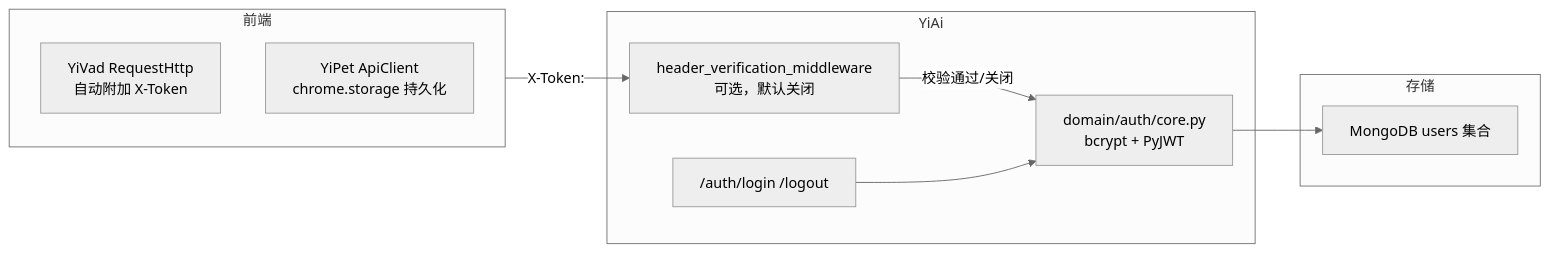
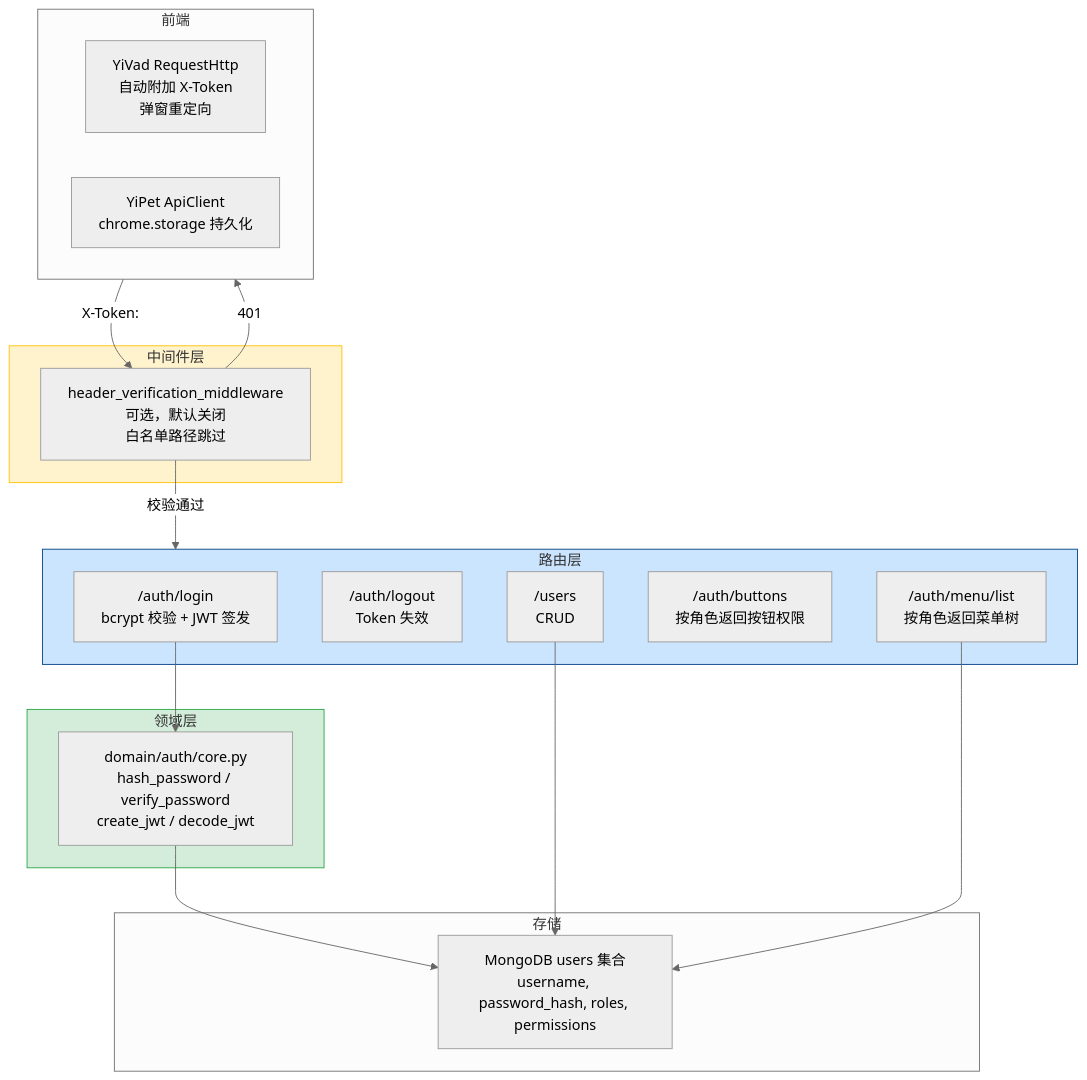
The first of 3 diagrams in YiKnowledge/projects/yiai/devs/2026-07/06-prd-task-认证与授权系统.md (effiy/YrY), drawn with Mermaid (neutral theme) before and after one commit. The commit also changed other lines of this file and 4958 other files, not shown here.

````diff
--- a/YiKnowledge/projects/yiai/devs/2026-07/06-prd-task-认证与授权系统.md
+++ b/YiKnowledge/projects/yiai/devs/2026-07/06-prd-task-认证与授权系统.md
@@ -35,18 +38,38 @@
 ```mermaid
-flowchart LR
+graph TD
   subgraph FE["前端"]
-    VAD["YiVad RequestHttp<br/>自动附加 X-Token"]
+    VAD["YiVad RequestHttp<br/>自动附加 X-Token<br/>弹窗重定向"]
     PET["YiPet ApiClient<br/>chrome.storage 持久化"]
   end
-  subgraph BE["YiAi"]
-    MW["header_verification_middleware<br/>可选，默认关闭"]
-    AUTH["domain/auth/core.py<br/>bcrypt + PyJWT"]
-    LOGIN["/auth/login /logout"]
+
+  subgraph MW["中间件层"]
+    AUTH_MW["header_verification_middleware<br/>可选，默认关闭<br/>白名单路径跳过"]
   end
+
+  subgraph ROUTES["路由层"]
+    LOGIN["/auth/login<br/>bcrypt 校验 + JWT 签发"]
+    LOGOUT["/auth/logout<br/>Token 失效"]
+    MENU["/auth/menu/list<br/>按角色返回菜单树"]
+    BUTTONS["/auth/buttons<br/>按角色返回按钮权限"]
+    USERS["/users<br/>CRUD"]
+  end
+
+  subgraph DOMAIN["领域层"]
+    CORE["domain/auth/core.py<br/>hash_password / verify_password<br/>create_jwt / decode_jwt"]
+  end
+
   subgraph DB["存储"]
-    MONGO["MongoDB users 集合"]
+    MONGO["MongoDB users 集合<br/>username, password_hash, roles, permissions"]
   end
-  FE -->|"X-Token: <jwt>"| MW
-  MW -->|"校验通过/关闭"| AUTH
-  LOGIN --> AUTH --> MONGO
+
+  FE -->|"X-Token: <jwt>"| AUTH_MW
+  AUTH_MW -->|"校验通过"| ROUTES
+  AUTH_MW -->|"401"| FE
+  LOGIN --> CORE --> MONGO
+  USERS --> MONGO
+  MENU --> MONGO
+
+  style DOMAIN fill:#d4edda,stroke:#28a745
+  style MW fill:#fff3cd,stroke:#ffc107
+  style ROUTES fill:#cce5ff,stroke:#004085
 ```
````
